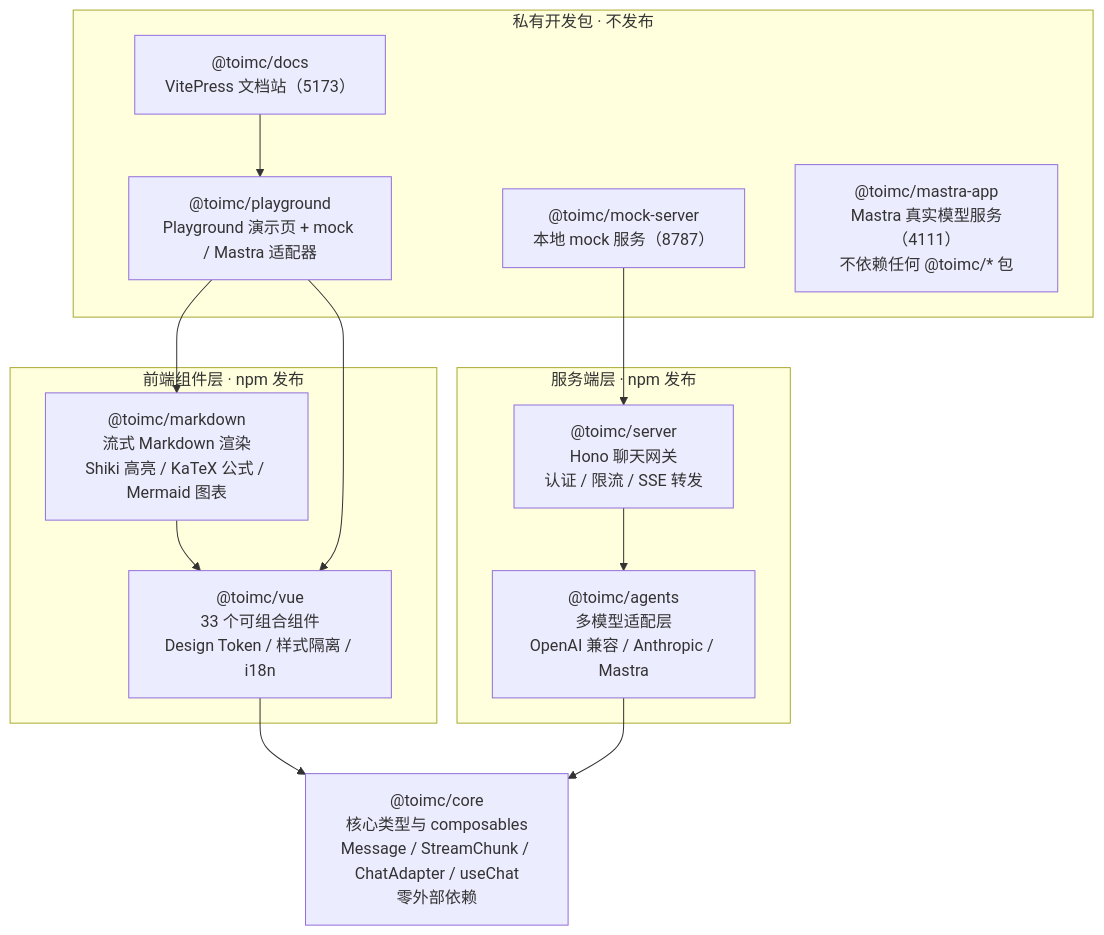
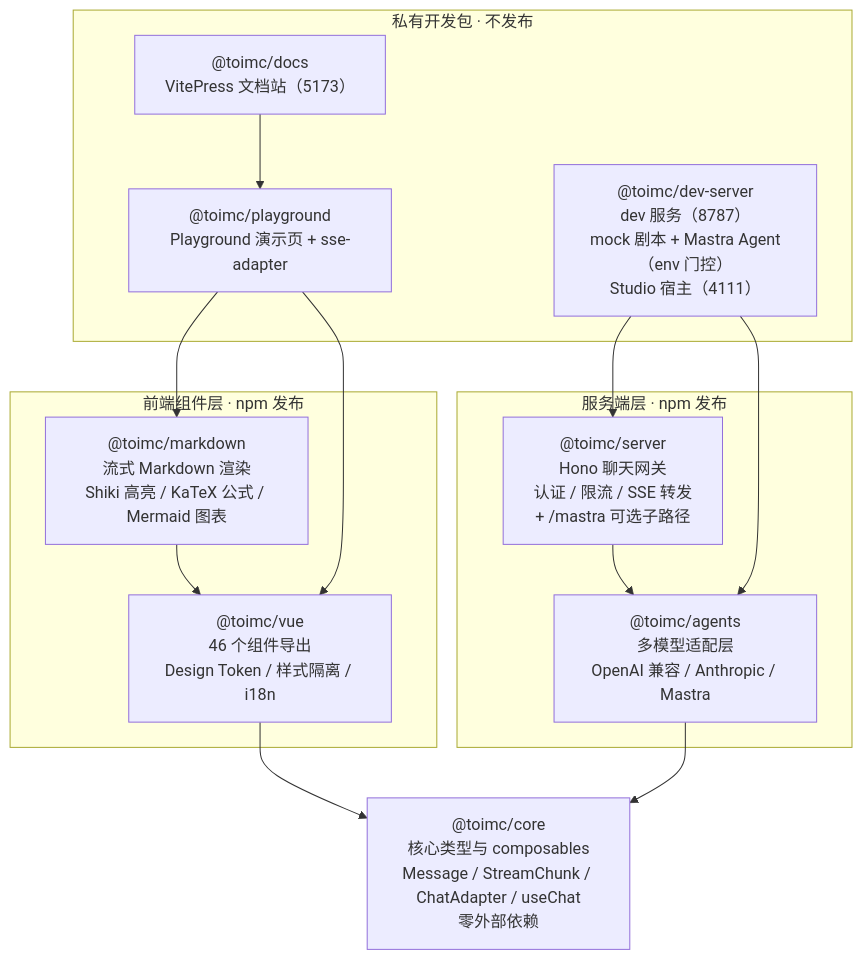
One commit to toimc/learn-ai changed the first of 2 diagrams in README.md. Above: the diagram before and after it, drawn with Mermaid. The commit also changed other lines of this file, not shown here.

````diff
--- a/README.md
+++ b/README.md
@@ -86,30 +91,30 @@
 ```mermaid
 flowchart TB
     subgraph fe["前端组件层 · npm 发布"]
-        VUE["@toimc/vue<br/>33 个可组合组件<br/>Design Token / 样式隔离 / i18n"]
+        VUE["@toimc/vue<br/>46 个组件导出<br/>Design Token / 样式隔离 / i18n"]
         MD["@toimc/markdown<br/>流式 Markdown 渲染<br/>Shiki 高亮 / KaTeX 公式 / Mermaid 图表"]
     end
 
     subgraph be["服务端层 · npm 发布"]
-        SERVER["@toimc/server<br/>Hono 聊天网关<br/>认证 / 限流 / SSE 转发"]
+        SERVER["@toimc/server<br/>Hono 聊天网关<br/>认证 / 限流 / SSE 转发<br/>+ /mastra 可选子路径"]
         AGENTS["@toimc/agents<br/>多模型适配层<br/>OpenAI 兼容 / Anthropic / Mastra"]
     end
 
     subgraph dev["私有开发包 · 不发布"]
         DOCS["@toimc/docs<br/>VitePress 文档站（5173）"]
-        PG["@toimc/playground<br/>Playground 演示页 + mock / Mastra 适配器"]
-        MOCK["@toimc/mock-server<br/>本地 mock 服务（8787）"]
-        MA["@toimc/mastra-app<br/>Mastra 真实模型服务（4111）<br/>不依赖任何 @toimc/* 包"]
+        PG["@toimc/playground<br/>Playground 演示页 + sse-adapter"]
+        DEV["@toimc/dev-server<br/>dev 服务（8787）<br/>mock 剧本 + Mastra Agent（env 门控）<br/>Studio 宿主（4111）"]
     end
 
     CORE["@toimc/core<br/>核心类型与 composables<br/>Message / StreamChunk / ChatAdapter / useChat<br/>零外部依赖"]
 
     VUE --> CORE
     MD --> VUE
     AGENTS --> CORE
     SERVER --> AGENTS
     PG --> VUE
     PG --> MD
     DOCS --> PG
-    MOCK --> SERVER
+    DEV --> SERVER
+    DEV --> AGENTS
 ```
````
